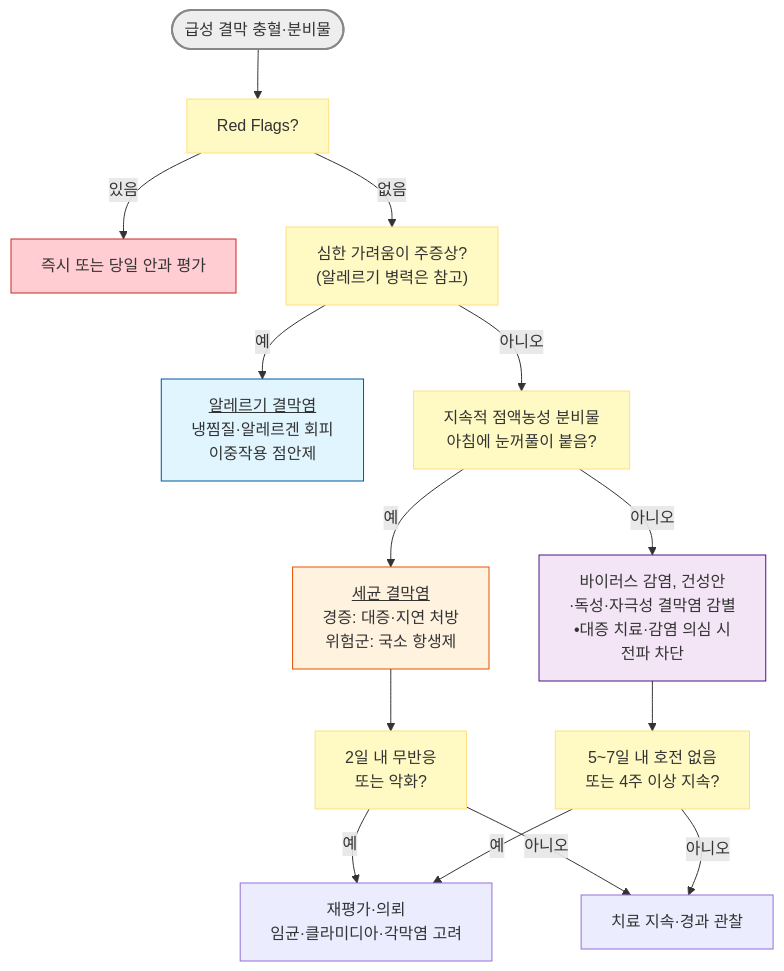
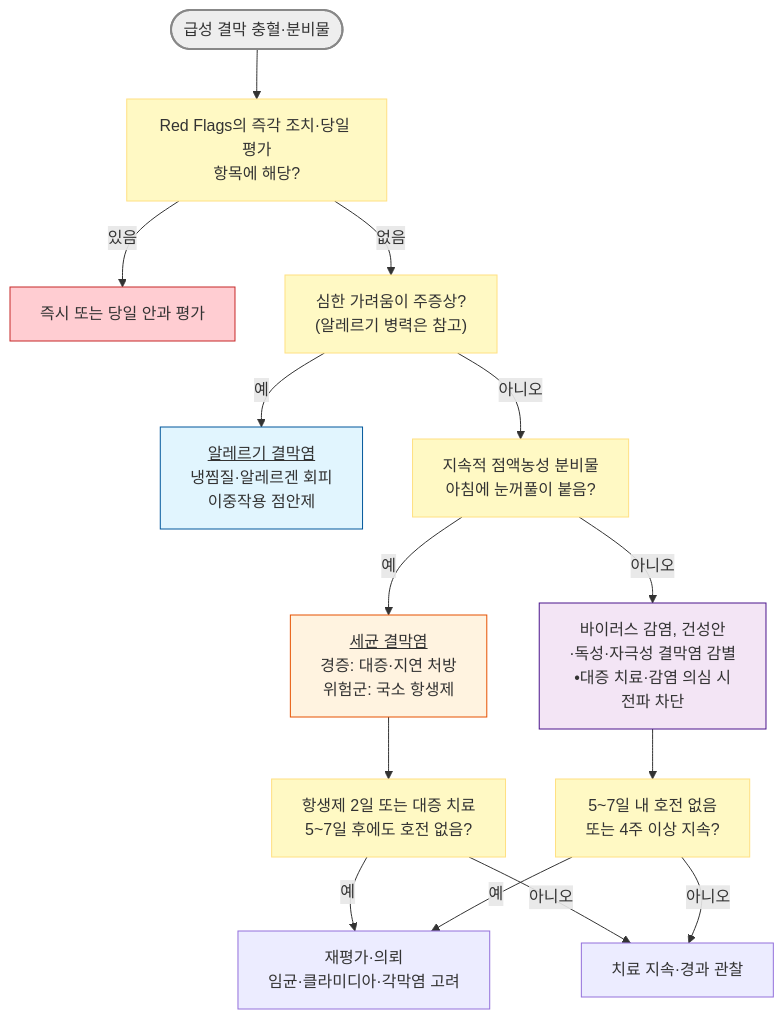
Before and after one commit to familyoh77/familyoh77: the diagram in 222_/038_-conjunctivitis.md, drawn with Mermaid. The commit also changed other lines of this file, not shown here.

````diff
--- a/222_/038_-conjunctivitis.md
+++ b/222_/038_-conjunctivitis.md
@@ -274,24 +272,24 @@
 ```mermaid
 graph TD
-    Start(["급성 결막 충혈·분비물"]) --> RF["Red Flags?"]
+    Start(["급성 결막 충혈·분비물"]) --> RF["Red Flags의 즉각 조치·당일 평가<br>항목에 해당?"]
     RF -->|"있음"| Refer["즉시 또는 당일 안과 평가"]
     RF -->|"없음"| Q1["심한 가려움이 주증상?<br>(알레르기 병력은 참고)"]
     Q1 -->|"예"| Allergy["<u>알레르기 결막염</u><br>냉찜질·알레르겐 회피<br>이중작용 점안제"]
     Q1 -->|"아니오"| Q2["지속적 점액농성 분비물<br>아침에 눈꺼풀이 붙음?"]
     Q2 -->|"예"| Bact["<u>세균 결막염</u><br>경증: 대증·지연 처방<br>위험군: 국소 항생제"]
     Q2 -->|"아니오"| Viral["바이러스 감염, 건성안<br>·독성·자극성 결막염 감별<br>•대증 치료·감염 의심 시 <br>전파 차단"]
-    Bact --> F1["2일 내 무반응 <br>또는 악화?"]
+    Bact --> F1["항생제 2일 또는 대증 치료<br>5~7일 후에도 호전 없음?"]
     Viral --> F2["5~7일 내 호전 없음 <br>또는 4주 이상 지속?"]
     F1 -->|"예"| Reeval["재평가·의뢰<br>임균·클라미디아·각막염 고려"]
     F2 -->|"예"| Reeval
     F1 -->|"아니오"| Cont["치료 지속·경과 관찰"]
     F2 -->|"아니오"| Cont
 
     style Start fill:#eeeeee,stroke:#888888,stroke-width:2px
     classDef yellow fill:#fff9c4,stroke:#ffe082
     class RF,Q1,Q2,F1,F2 yellow
     style Refer fill:#ffcdd2,stroke:#c62828
     style Allergy fill:#e1f5fe,stroke:#01579b
     style Bact fill:#fff3e0,stroke:#e65100
     style Viral fill:#f3e5f5,stroke:#4a148c
 ```
````
